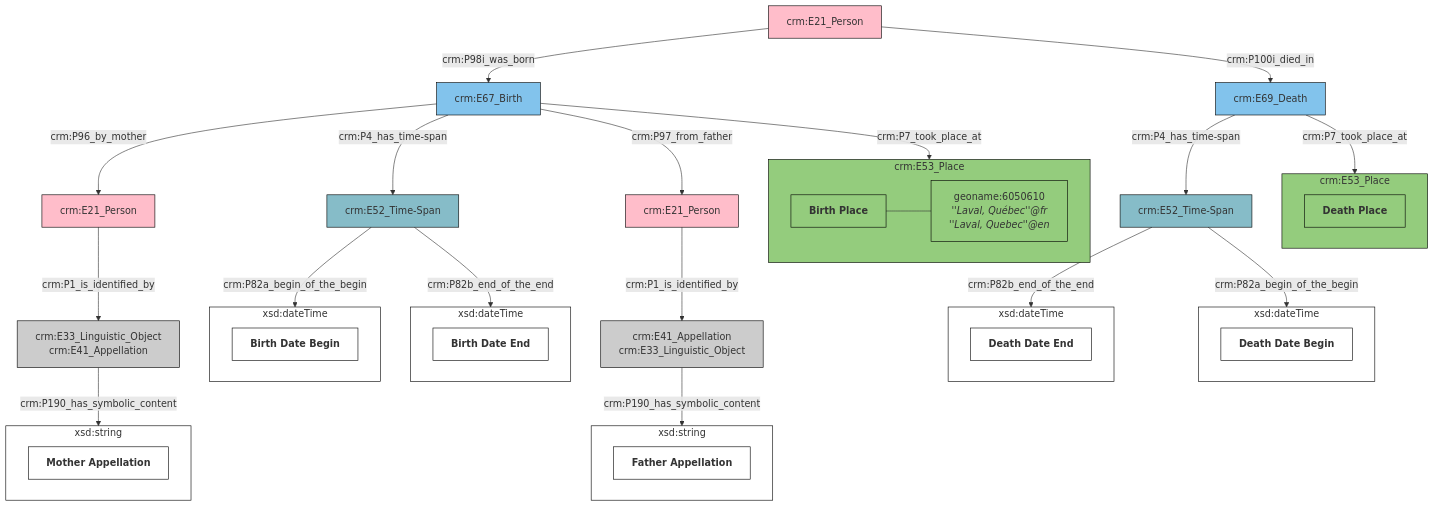
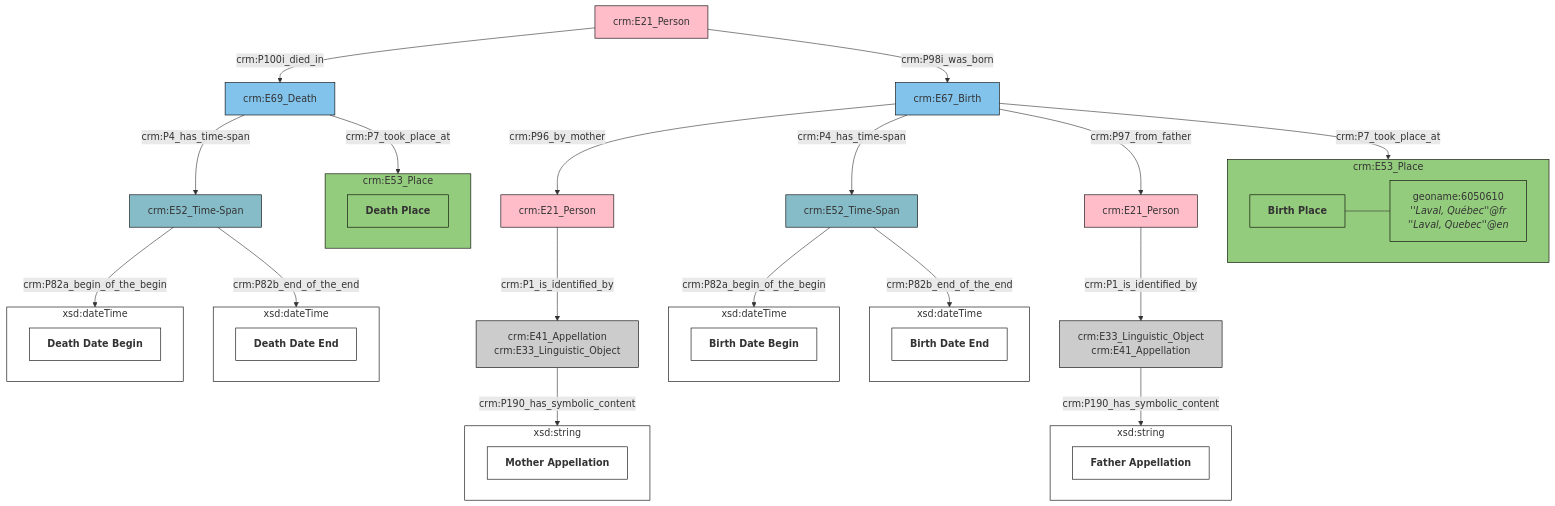
The diagram in mmd/BirthDeath_onto.mmd (chin-rcip/CRITERIA), drawn with Mermaid before and after one commit. The commit also changed 2 other files, not shown here.

```diff
--- a/mmd/BirthDeath_onto.mmd
+++ b/mmd/BirthDeath_onto.mmd
@@ -1,78 +1,78 @@
 flowchart TD
-classDef Literal fill:#ffffff,stroke:#000000;
-classDef Literal_URI fill:#ffffff,stroke:#000000;
-classDef E1_CRM_Entity fill:#ffffff,stroke:#000000;
-classDef E1_CRM_Entity_URI fill:#ffffff,stroke:#000000;
-classDef E2_Temporal_Entity fill:#82c3ec,stroke:#000000;
-classDef E2_Temporal_Entity_URI fill:#d2e9f9,stroke:#000000;
-classDef E55_Type fill:#fab565,stroke:#000000;
-classDef E55_Type_URI fill:#fde7ce,stroke:#000000;
-classDef E52_Time-Span fill:#86bcc8,stroke:#000000;
-classDef E52_Time-Span_URI fill:#dcebef,stroke:#000000;
-classDef E41_Appellation fill:#fef3ba,stroke:#000000;
-classDef E41_Appellation_URI fill:#fffae6,stroke:#000000;
-classDef E53_Place fill:#94cc7d,stroke:#000000;
-classDef E53_Place_URI fill:#e1f1da,stroke:#000000;
-classDef E77_Persistent_Item fill:#ffffff,stroke:#000000;
-classDef E77_Persistent_Item_URI fill:#ffffff,stroke:#000000;
-classDef E28_Conceptual_Object fill:#fddc34,stroke:#000000;
-classDef E28_Conceptual_Object_URI fill:#fef6cd,stroke:#000000;
-classDef E18_Physical_Thing fill:#e1ba9c,stroke:#000000;
-classDef E18_Physical_Thing_URI fill:#f3e5d8,stroke:#000000;
-classDef E39_Actor fill:#ffbdca,stroke:#000000;
-classDef E39_Actor_URI fill:#ffe6eb,stroke:#000000;
-classDef PC0_Typed_CRM_Property fill:#cc80ff,stroke:#000000;
-classDef PC0_Typed_CRM_Property_URI fill:#ebccff,stroke:#000000;
-classDef Multi fill:#cccccc,stroke:#000000;
-classDef Multi_URI fill:#cccccc,stroke:#000000;
-6["crm:E67_Birth"]:::E2_Temporal_Entity -->|crm:P96_by_mother| 7["crm:E21_Person"]:::E39_Actor
-8["crm:E21_Person"]:::E39_Actor -->|crm:P98i_was_born| 6["crm:E67_Birth"]:::E2_Temporal_Entity
+classDef Literal fill:#ffffff,stroke:#000000,color:;
+classDef Literal_URI fill:#ffffff,stroke:#000000,color:;
+classDef crm_E1_CRM_Entity fill:#ffffff,stroke:#000000,color:;
+classDef crm_E1_CRM_Entity_URI fill:#ffffff,stroke:#000000,color:;
+classDef crm_E2_Temporal_Entity fill:#82c3ec,stroke:#000000,color:;
+classDef crm_E2_Temporal_Entity_URI fill:#d2e9f9,stroke:#000000,color:;
+classDef crm_E55_Type fill:#fab565,stroke:#000000,color:;
+classDef crm_E55_Type_URI fill:#fde7ce,stroke:#000000,color:;
+classDef crm_E52_Time-Span fill:#86bcc8,stroke:#000000,color:;
+classDef crm_E52_Time-Span_URI fill:#dcebef,stroke:#000000,color:;
+classDef crm_E41_Appellation fill:#fef3ba,stroke:#000000,color:;
+classDef crm_E41_Appellation_URI fill:#fffae6,stroke:#000000,color:;
+classDef crm_E53_Place fill:#94cc7d,stroke:#000000,color:;
+classDef crm_E53_Place_URI fill:#e1f1da,stroke:#000000,color:;
+classDef crm_E77_Persistent_Item fill:#ffffff,stroke:#000000,color:;
+classDef crm_E77_Persistent_Item_URI fill:#ffffff,stroke:#000000,color:;
+classDef crm_E28_Conceptual_Object fill:#fddc34,stroke:#000000,color:;
+classDef crm_E28_Conceptual_Object_URI fill:#fef6cd,stroke:#000000,color:;
+classDef crm_E18_Physical_Thing fill:#e1ba9c,stroke:#000000,color:;
+classDef crm_E18_Physical_Thing_URI fill:#f3e5d8,stroke:#000000,color:;
+classDef crm_E39_Actor fill:#ffbdca,stroke:#000000,color:;
+classDef crm_E39_Actor_URI fill:#ffe6eb,stroke:#000000,color:;
+classDef crmpc_PC0_Typed_CRM_Property fill:#cc80ff,stroke:#000000,color:;
+classDef crmpc_PC0_Typed_CRM_Property_URI fill:#ebccff,stroke:#000000,color:;
+classDef Multi fill:#cccccc,stroke:#000000,color:;
+classDef Multi_URI fill:#cccccc,stroke:#000000,color:;
+2["crm:E67_Birth"]:::crm_E2_Temporal_Entity -->|crm:P96_by_mother| 3["crm:E21_Person"]:::crm_E39_Actor
+subgraph 8 ["xsd:string"]
+8a[<strong>Mother Appellation</strong>]:::Literal
+click 8a "https://chin-rcip.github.io/collections-model/en/semantic-paths-specification/current/entry-nodes#mother-appellation" _blank
+end
+6["crm:E41_Appellation<br>crm:E33_Linguistic_Object"]:::Multi -->|crm:P190_has_symbolic_content| 8:::Literal
 subgraph 10 ["xsd:dateTime"]
-10a[<b>Birth Date Begin</b>]:::Literal
+10a[<strong>Birth Date Begin</strong>]:::Literal
 click 10a "https://chin-rcip.github.io/collections-model/en/semantic-paths-specification/current/entry-nodes#birth-date-begin" _blank
 end
-9["crm:E52_Time-Span"]:::E52_Time-Span -->|crm:P82a_begin_of_the_begin| 10:::Literal
-15["crm:E69_Death"]:::E2_Temporal_Entity -->|crm:P4_has_time-span| 16["crm:E52_Time-Span"]:::E52_Time-Span
-subgraph 18 ["crm:E53_Place"]
-18a[<b>Death Place</b>]:::E53_Place
-click 18a "https://chin-rcip.github.io/collections-model/en/semantic-paths-specification/current/entry-nodes#birth-place" _blank
+9["crm:E52_Time-Span"]:::crm_E52_Time-Span -->|crm:P82a_begin_of_the_begin| 10:::Literal
+2["crm:E67_Birth"]:::crm_E2_Temporal_Entity -->|crm:P4_has_time-span| 9["crm:E52_Time-Span"]:::crm_E52_Time-Span
+subgraph 16 ["xsd:dateTime"]
+16a[<strong>Death Date Begin</strong>]:::Literal
+click 16a "https://chin-rcip.github.io/collections-model/en/semantic-paths-specification/current/entry-nodes#death-date-begin" _blank
 end
-15["crm:E69_Death"]:::E2_Temporal_Entity -->|crm:P7_took_place_at| 18:::E53_Place
-6["crm:E67_Birth"]:::E2_Temporal_Entity -->|crm:P4_has_time-span| 9["crm:E52_Time-Span"]:::E52_Time-Span
+15["crm:E52_Time-Span"]:::crm_E52_Time-Span -->|crm:P82a_begin_of_the_begin| 16:::Literal
+subgraph 4 ["crm:E53_Place"]
+4a[<strong>Birth Place</strong>]:::crm_E53_Place
+click 4a "https://chin-rcip.github.io/collections-model/en/semantic-paths-specification/current/entry-nodes#birth-place" _blank
+4b["geoname:6050610<br><em>''Laval, Québec''@fr</em><br><em>''Laval, Quebec''@en</em>"]:::crm_E53_Place
+click 4b "http://www.geonames.org/6050610" _blank
+4a---4b
+end
+2["crm:E67_Birth"]:::crm_E2_Temporal_Entity -->|crm:P7_took_place_at| 4:::crm_E53_Place
+subgraph 18 ["xsd:string"]
+18a[<strong>Father Appellation</strong>]:::Literal
+click 18a "https://chin-rcip.github.io/collections-model/en/semantic-paths-specification/current/entry-nodes#father-appellation" _blank
+end
+17["crm:E33_Linguistic_Object<br>crm:E41_Appellation"]:::Multi -->|crm:P190_has_symbolic_content| 18:::Literal
+subgraph 19 ["xsd:dateTime"]
+19a[<strong>Birth Date End</strong>]:::Literal
+click 19a "https://chin-rcip.github.io/collections-model/en/semantic-paths-specification/current/entry-nodes#birth-date-end" _blank
+end
+9["crm:E52_Time-Span"]:::crm_E52_Time-Span -->|crm:P82b_end_of_the_end| 19:::Literal
 subgraph 20 ["xsd:dateTime"]
-20a[<b>Death Date End</b>]:::Literal
+20a[<strong>Death Date End</strong>]:::Literal
 click 20a "https://chin-rcip.github.io/collections-model/en/semantic-paths-specification/current/entry-nodes#death-date-end" _blank
 end
-16["crm:E52_Time-Span"]:::E52_Time-Span -->|crm:P82b_end_of_the_end| 20:::Literal
-subgraph 21 ["xsd:string"]
-21a[<b>Mother Appellation</b>]:::Literal
-click 21a "https://chin-rcip.github.io/collections-model/en/semantic-paths-specification/current/entry-nodes#mother-appellation" _blank
+15["crm:E52_Time-Span"]:::crm_E52_Time-Span -->|crm:P82b_end_of_the_end| 20:::Literal
+13["crm:E69_Death"]:::crm_E2_Temporal_Entity -->|crm:P4_has_time-span| 15["crm:E52_Time-Span"]:::crm_E52_Time-Span
+23["crm:E21_Person"]:::crm_E39_Actor -->|crm:P100i_died_in| 13["crm:E69_Death"]:::crm_E2_Temporal_Entity
+subgraph 0 ["crm:E53_Place"]
+0a[<strong>Death Place</strong>]:::crm_E53_Place
+click 0a "https://chin-rcip.github.io/collections-model/en/semantic-paths-specification/current/entry-nodes#birth-place" _blank
 end
-4["crm:E33_Linguistic_Object<br>crm:E41_Appellation"]:::Multi -->|crm:P190_has_symbolic_content| 21:::Literal
-subgraph 23 ["xsd:dateTime"]
-23a[<b>Birth Date End</b>]:::Literal
-click 23a "https://chin-rcip.github.io/collections-model/en/semantic-paths-specification/current/entry-nodes#birth-date-end" _blank
-end
-9["crm:E52_Time-Span"]:::E52_Time-Span -->|crm:P82b_end_of_the_end| 23:::Literal
-24["crm:E21_Person"]:::E39_Actor -->|crm:P1_is_identified_by| 0["crm:E41_Appellation<br>crm:E33_Linguistic_Object"]:::Multi
-7["crm:E21_Person"]:::E39_Actor -->|crm:P1_is_identified_by| 4["crm:E33_Linguistic_Object<br>crm:E41_Appellation"]:::Multi
-6["crm:E67_Birth"]:::E2_Temporal_Entity -->|crm:P97_from_father| 24["crm:E21_Person"]:::E39_Actor
-subgraph 29 ["xsd:dateTime"]
-29a[<b>Death Date Begin</b>]:::Literal
-click 29a "https://chin-rcip.github.io/collections-model/en/semantic-paths-specification/current/entry-nodes#death-date-begin" _blank
-end
-16["crm:E52_Time-Span"]:::E52_Time-Span -->|crm:P82a_begin_of_the_begin| 29:::Literal
-subgraph 31 ["xsd:string"]
-31a[<b>Father Appellation</b>]:::Literal
-click 31a "https://chin-rcip.github.io/collections-model/en/semantic-paths-specification/current/entry-nodes#father-appellation" _blank
-end
-0["crm:E41_Appellation<br>crm:E33_Linguistic_Object"]:::Multi -->|crm:P190_has_symbolic_content| 31:::Literal
-subgraph 2 ["crm:E53_Place"]
-2a[<b>Birth Place</b>]:::E53_Place
-click 2a "https://chin-rcip.github.io/collections-model/en/semantic-paths-specification/current/entry-nodes#birth-place" _blank
-2b["geoname:6050610<br><i>''Laval, Québec''@fr</i><br><i>''Laval, Quebec''@en</i>"]:::E53_Place
-click 2b "http://www.geonames.org/6050610" _blank
-2a---2b
-end
-6["crm:E67_Birth"]:::E2_Temporal_Entity -->|crm:P7_took_place_at| 2:::E53_Place
-8["crm:E21_Person"]:::E39_Actor -->|crm:P100i_died_in| 15["crm:E69_Death"]:::E2_Temporal_Entity
+13["crm:E69_Death"]:::crm_E2_Temporal_Entity -->|crm:P7_took_place_at| 0:::crm_E53_Place
+11["crm:E21_Person"]:::crm_E39_Actor -->|crm:P1_is_identified_by| 17["crm:E33_Linguistic_Object<br>crm:E41_Appellation"]:::Multi
+23["crm:E21_Person"]:::crm_E39_Actor -->|crm:P98i_was_born| 2["crm:E67_Birth"]:::crm_E2_Temporal_Entity
+2["crm:E67_Birth"]:::crm_E2_Temporal_Entity -->|crm:P97_from_father| 11["crm:E21_Person"]:::crm_E39_Actor
+3["crm:E21_Person"]:::crm_E39_Actor -->|crm:P1_is_identified_by| 6["crm:E41_Appellation<br>crm:E33_Linguistic_Object"]:::Multi
```
